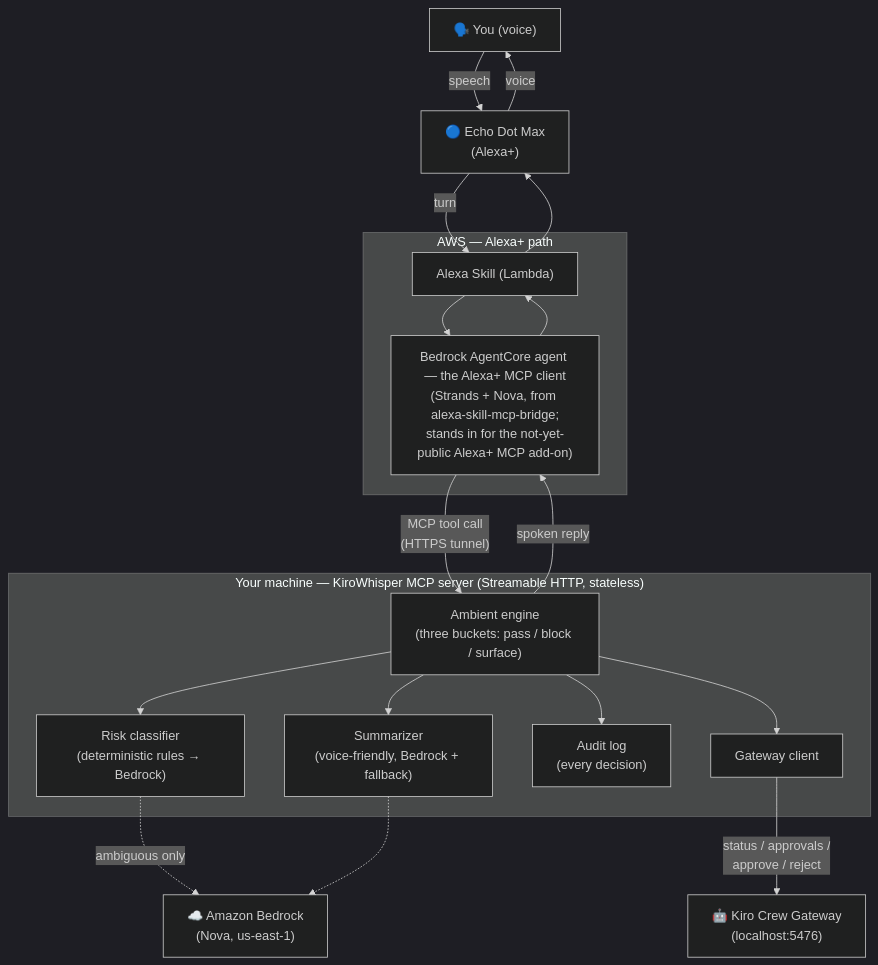
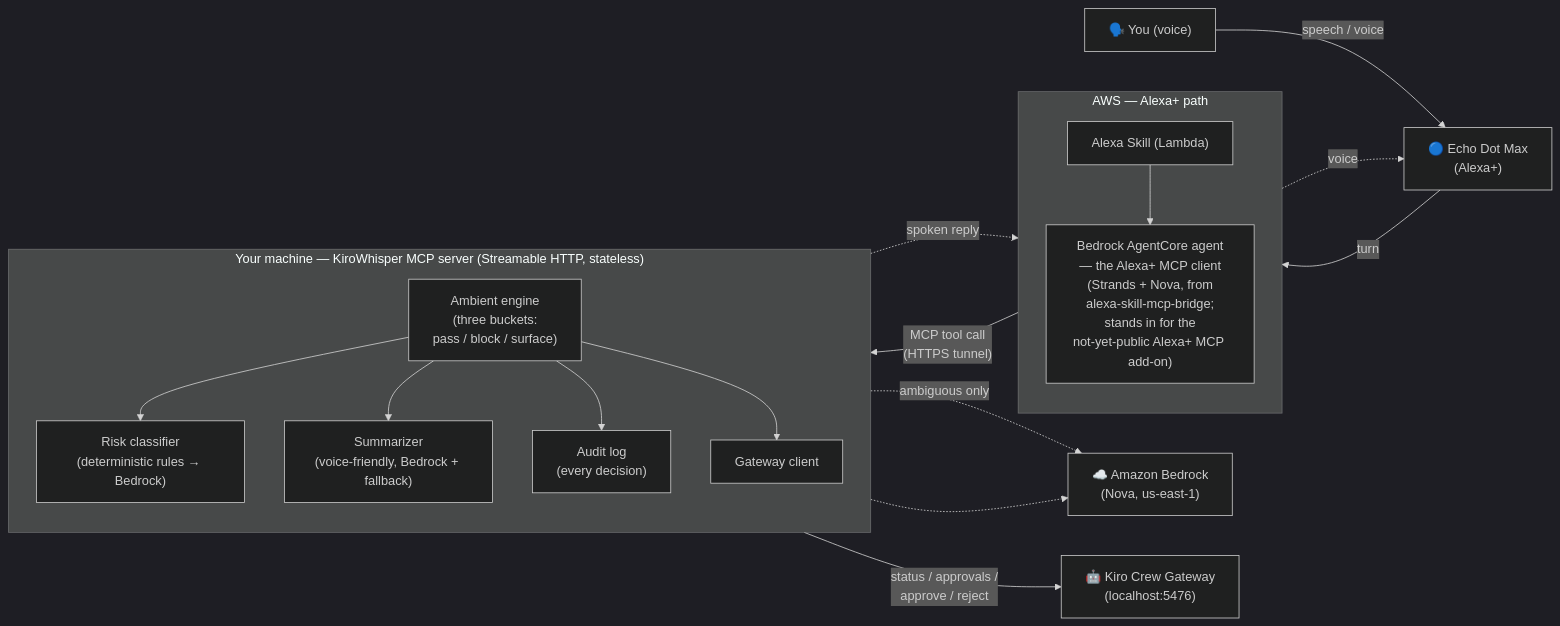
One commit to memetcircus/kirowhisper changed the diagram in README.md. Above: the diagram before and after it, drawn with Mermaid (dark theme). The commit also changed 2 other files, not shown here.

Commit message:
docs: landscape architecture diagram (graph LR) + high-res PNG export

````diff
--- a/README.md
+++ b/README.md
@@ -137,37 +137,37 @@
 ```mermaid
-graph TD
+graph LR
     User["🗣️ You (voice)"]
     Echo["🔵 Echo Dot Max<br/>(Alexa+)"]
 
     subgraph AWS ["AWS — Alexa+ path"]
+        direction TB
         Skill["Alexa Skill (Lambda)"]
-        Agent["Bedrock AgentCore agent — the Alexa+ MCP client<br/>(Strands + Nova, from alexa-skill-mcp-bridge;<br/>stands in for the not-yet-public Alexa+ MCP add-on)"]
+        Agent["Bedrock AgentCore agent<br/>— the Alexa+ MCP client<br/>(Strands + Nova, from<br/>alexa-skill-mcp-bridge;<br/>stands in for the<br/>not-yet-public Alexa+ MCP add-on)"]
+        Skill --> Agent
     end
 
     subgraph Local ["Your machine — KiroWhisper MCP server (Streamable HTTP, stateless)"]
-        Ambient["Ambient engine<br/>(three buckets: pass / block / surface)"]
+        direction TB
+        Ambient["Ambient engine<br/>(three buckets:<br/>pass / block / surface)"]
         Risk["Risk classifier<br/>(deterministic rules → Bedrock)"]
         Summ["Summarizer<br/>(voice-friendly, Bedrock + fallback)"]
         Audit["Audit log<br/>(every decision)"]
         GW["Gateway client"]
+        Ambient --> Risk
+        Ambient --> Summ
+        Ambient --> Audit
+        Ambient --> GW
     end
 
     Bedrock["☁️ Amazon Bedrock<br/>(Nova, us-east-1)"]
     Crew["🤖 Kiro Crew Gateway<br/>(localhost:5476)"]
 
-    User -->|"speech"| Echo
+    User -->|"speech / voice"| Echo
     Echo -->|"turn"| Skill
-    Skill --> Agent
     Agent -->|"MCP tool call<br/>(HTTPS tunnel)"| Ambient
-    Ambient --> Risk
-    Ambient --> Summ
-    Ambient --> Audit
-    Ambient --> GW
+    Ambient -.->|"spoken reply"| Agent
+    Agent -.->|"voice"| Echo
     Risk -.->|"ambiguous only"| Bedrock
     Summ -.-> Bedrock
     GW -->|"status / approvals /<br/>approve / reject"| Crew
-    Ambient -->|"spoken reply"| Agent
-    Agent --> Skill
-    Skill --> Echo
-    Echo -->|"voice"| User
 ```
````
